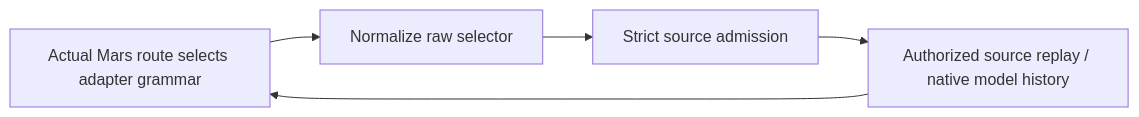
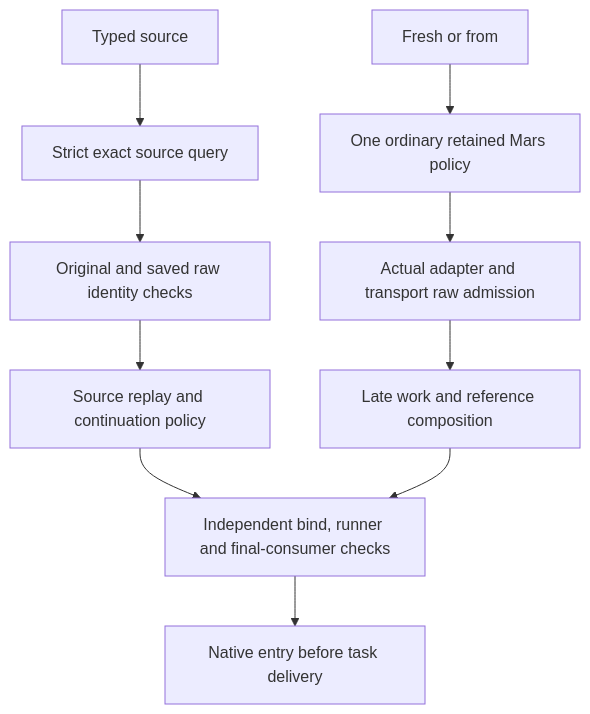
The diagram in kb/decisions/native-source-argument-admission.md (haowjy/meridian-cli-kb), drawn with Mermaid before and after one commit. The commit also changed other lines of this file and 6 other files, not shown here.

````diff
--- a/kb/decisions/native-source-argument-admission.md
+++ b/kb/decisions/native-source-argument-admission.md
@@ -22,7 +26,12 @@
 ```mermaid
-flowchart LR
-    Route["Actual Mars route selects adapter grammar"] --> Parse["Normalize raw selector"]
-    Parse --> Gate["Strict source admission"]
-    Gate --> Replay["Authorized source replay / native model history"]
-    Replay --> Route
+flowchart TD
+    T["Typed source"] --> Q["Strict exact source query"]
+    Q --> I["Original and saved raw identity checks"]
+    I --> R["Source replay and continuation policy"]
+    F["Fresh or from"] --> P["One ordinary retained Mars policy"]
+    P --> A["Actual adapter and transport raw admission"]
+    A --> L["Late work and reference composition"]
+    R --> C["Independent bind, runner and final-consumer checks"]
+    L --> C
+    C --> N["Native entry before task delivery"]
 ```
````
